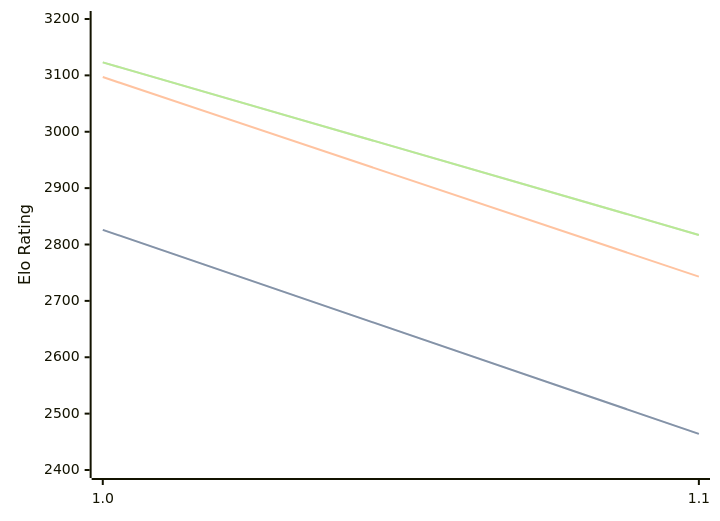
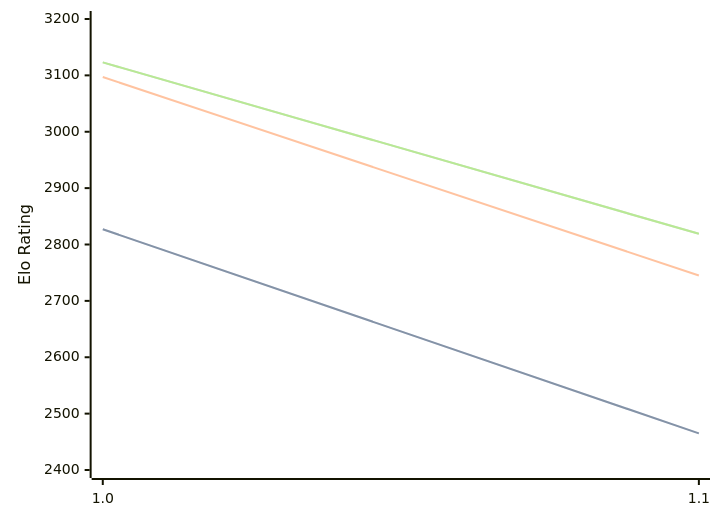
Before and after one commit to computer-chess-index/cci: the first of 3 diagrams in engines/Publius.md, drawn with Mermaid. The commit also changed other lines of this file, not shown here.

Commit message:
Update CCI Ratings (ELO VLTC) - 2026-07-08

````diff
--- a/engines/Publius.md
+++ b/engines/Publius.md
@@ -32,11 +32,11 @@
 ```mermaid
 %%{init: {"theme":"base","themeVariables":{"seriesColors:['#a3a3a3','#222221','#faa371']}}}%%
 xychart-beta
   x-axis ["1.0", "1.1"]
   y-axis "Elo Rating" 2400 --> 3200
-  line "STC (8.0+0.08s)" [2826, 2464]
-  line "STC (8.0+0.08s)" [2826, 2464]
-  line "LTC (60.0+0.60s)" [3097, 2743]
-  line "VLTC (2m24s+1.12s)" [3123, 2817]
-  line "VLTC (2m24s+1.12s)" [3123, 2817]
+  line "STC (8.0+0.08s)" [2827, 2465]
+  line "STC (8.0+0.08s)" [2827, 2465]
+  line "LTC (60.0+0.60s)" [3097, 2745]
+  line "VLTC (2m24s+1.12s)" [3123, 2819]
+  line "VLTC (2m24s+1.12s)" [3123, 2819]
 ```
````
